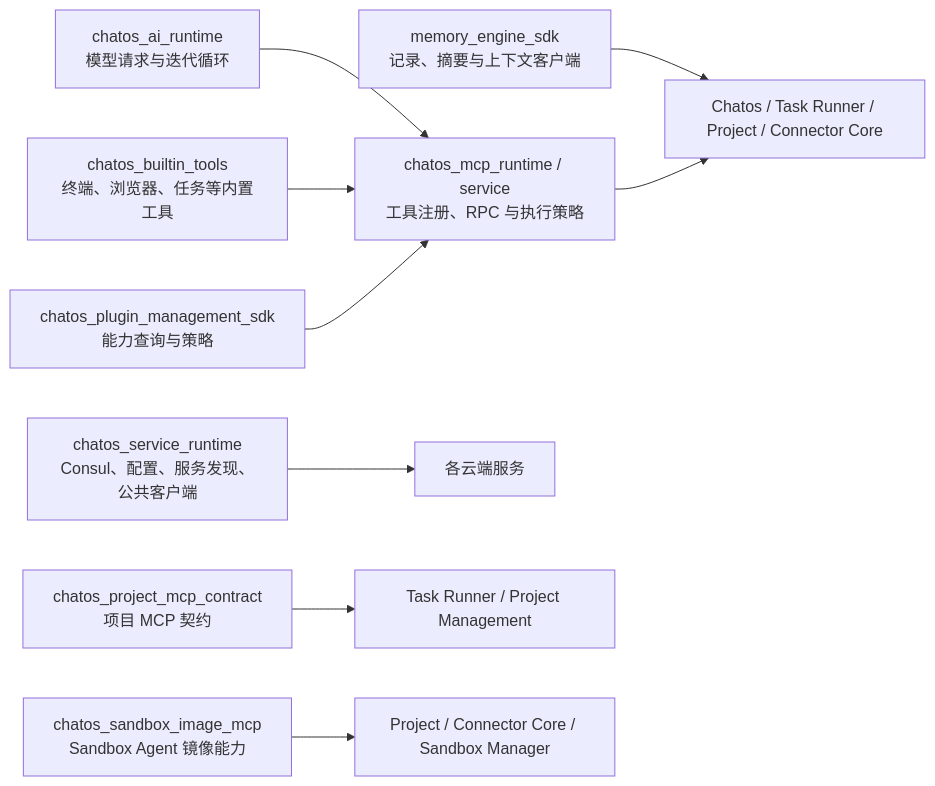
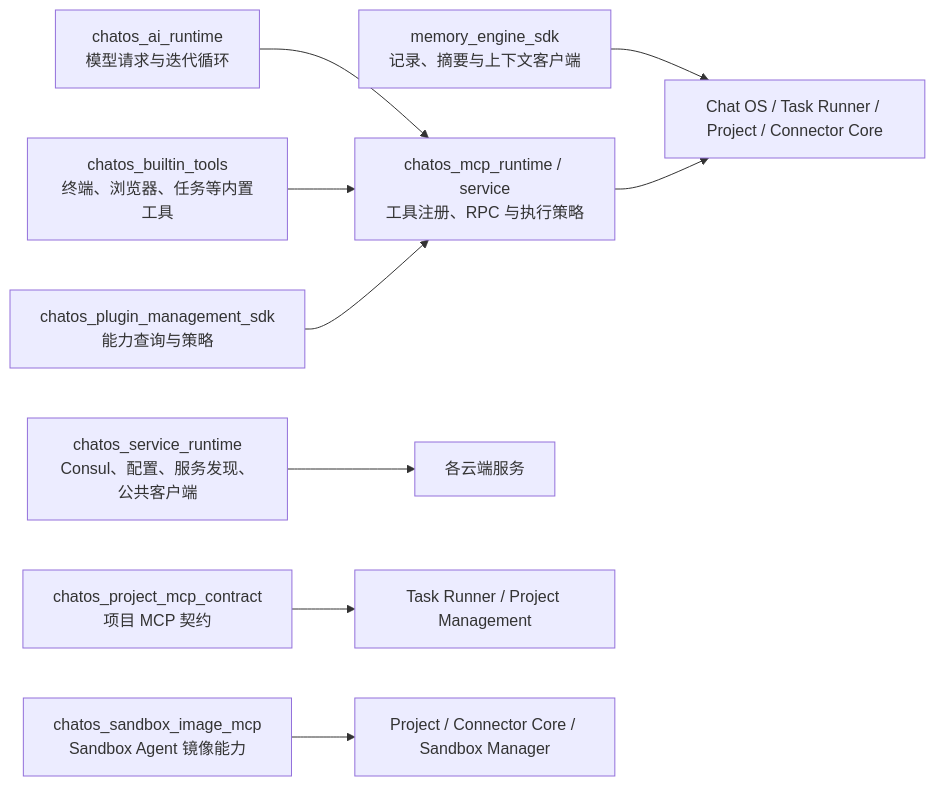
The seventh of 7 diagrams in README.md (leeoohoo/chatos_rs), drawn with Mermaid before and after one commit. The commit also changed other lines of this file and 70 other files, not shown here.

````diff
--- a/README.md
+++ b/README.md
@@ -317,11 +317,11 @@
 ```mermaid
 flowchart LR
     AI["chatos_ai_runtime<br/>模型请求与迭代循环"] --> MCP["chatos_mcp_runtime / service<br/>工具注册、RPC 与执行策略"]
     Builtin["chatos_builtin_tools<br/>终端、浏览器、任务等内置工具"] --> MCP
     Plugin["chatos_plugin_management_sdk<br/>能力查询与策略"] --> MCP
-    Memory["memory_engine_sdk<br/>记录、摘要与上下文客户端"] --> Apps["Chatos / Task Runner / Project / Connector Core"]
+    Memory["memory_engine_sdk<br/>记录、摘要与上下文客户端"] --> Apps["Chat OS / Task Runner / Project / Connector Core"]
     MCP --> Apps
     Service["chatos_service_runtime<br/>Consul、配置、服务发现、公共客户端"] --> Services["各云端服务"]
     Project["chatos_project_mcp_contract<br/>项目 MCP 契约"] --> ProjectUsers["Task Runner / Project Management"]
     Image["chatos_sandbox_image_mcp<br/>Sandbox Agent 镜像能力"] --> ImageUsers["Project / Connector Core / Sandbox Manager"]
 ```
````
